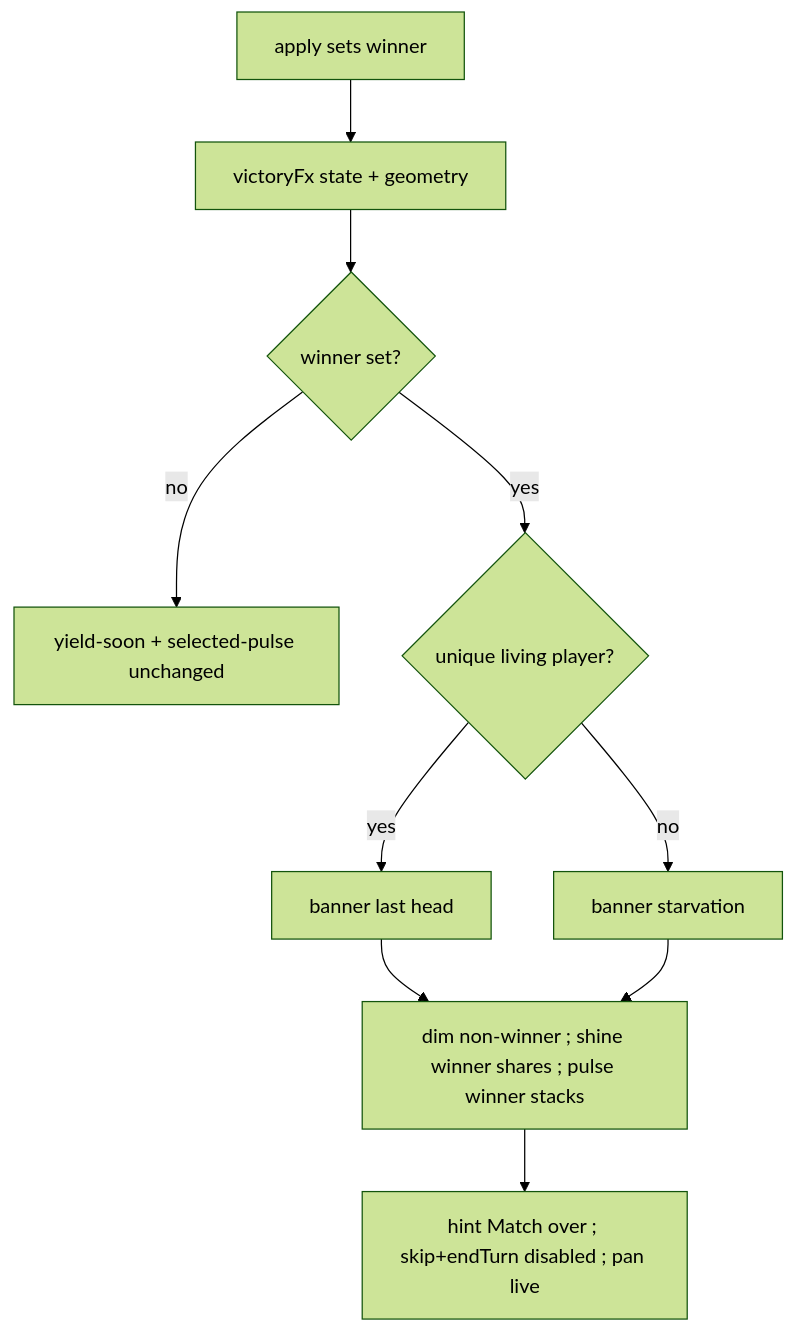
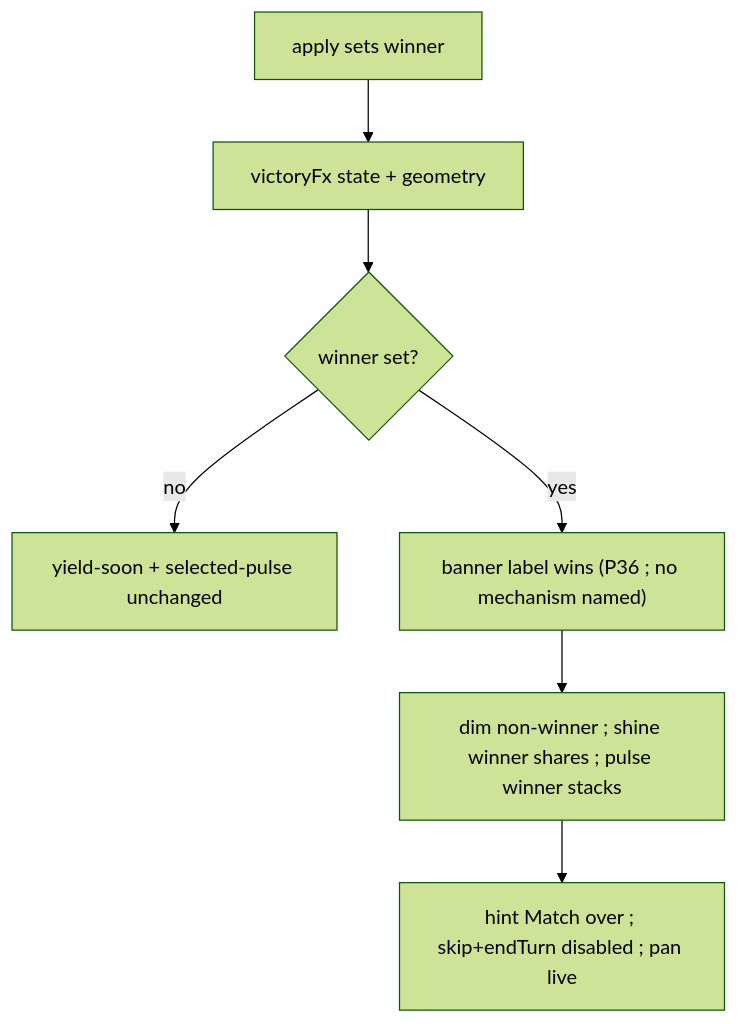
The diagram in docs/spec/win-board-celebration/win-board-celebration.md (hochgi/arrows_conqueror), drawn with Mermaid (forest theme) before and after one commit. The commit also changed other lines of this file and 44 other files, not shown here.

````diff
--- a/docs/spec/win-board-celebration/win-board-celebration.md
+++ b/docs/spec/win-board-celebration/win-board-celebration.md
@@ -107,12 +110,9 @@
 ```mermaid
 flowchart TD
   Apply["apply sets winner"] --> Read["victoryFx state + geometry"]
   Read --> Playing{"winner set?"}
   Playing -->|no| InPlay["yield-soon + selected-pulse unchanged"]
-  Playing -->|yes| How{"unique living player?"}
-  How -->|yes| Elim["banner last head"]
-  How -->|no| Starv["banner starvation"]
-  Elim --> Board["dim non-winner #59; shine winner shares #59; pulse winner stacks"]
-  Starv --> Board
+  Playing -->|yes| Won["banner label wins (P36 #59; no mechanism named)"]
+  Won --> Board["dim non-winner #59; shine winner shares #59; pulse winner stacks"]
   Board --> Hud["hint Match over #59; skip+endTurn disabled #59; pan live"]
 ```
````
